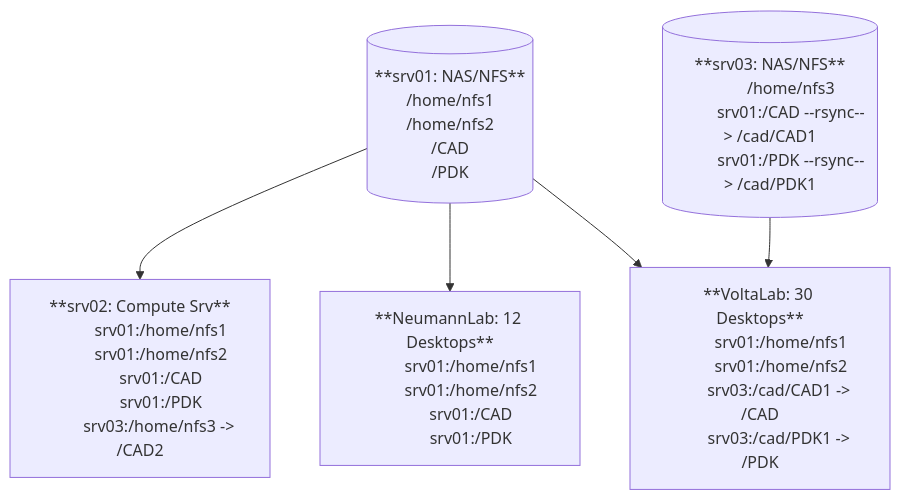
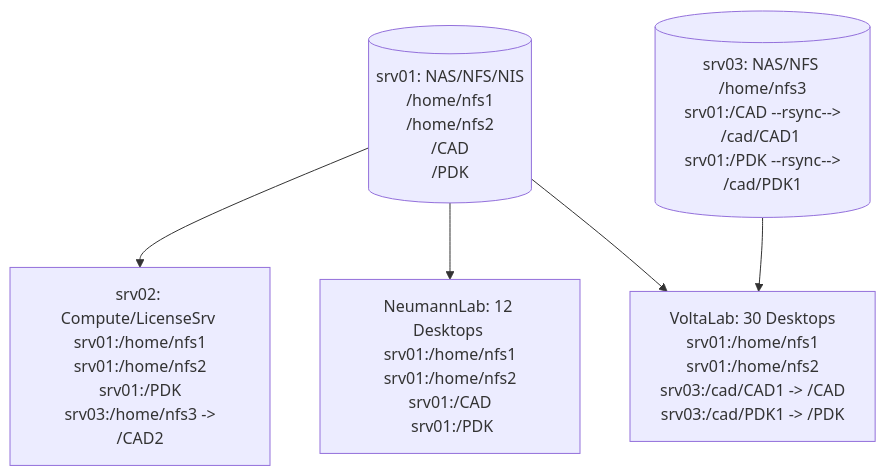
The second of 2 diagrams in wiki/wiki-it.md (silicon-vlsi/silicon-vlsi.github.io), drawn with Mermaid before and after one commit. The commit also changed other lines of this file, not shown here.

````diff
--- a/wiki/wiki-it.md
+++ b/wiki/wiki-it.md
@@ -1293,45 +1297,20 @@
 ```mermaid
 
 graph TD;
 
-  srv01[(**srv01: NAS/NFS**
-          /home/nfs1
-          /home/nfs2
-          /CAD
-          /PDK
-         )];
+  srv01[(srv01: NAS/NFS/NIS <br/> /home/nfs1 <br/> /home/nfs2 <br/> /CAD <br/> /PDK)];
 
-  srv03[(**srv03: NAS/NFS**
-          /home/nfs3
-          srv01:/CAD --rsync--> /cad/CAD1
-          srv01:/PDK --rsync--> /cad/PDK1
-         )];
+  srv03[(srv03: NAS/NFS <br/> /home/nfs3 <br/> srv01:/CAD --rsync--> /cad/CAD1 <br/> srv01:/PDK --rsync--> /cad/PDK1)];
 
-  srv02[ **srv02: Compute Srv**
-          srv01:/home/nfs1
-          srv01:/home/nfs2
-          srv01:/CAD
-          srv01:/PDK
-          srv03:/home/nfs3 -> /CAD2
-        ];
+  srv02[ srv02: Compute/LicenseSrv <br/> srv01:/home/nfs1 <br/> srv01:/home/nfs2 <br/> srv01:/PDK <br/> srv03:/home/nfs3 -> /CAD2 ];
 
-  voltaLab[**VoltaLab: 30 Desktops**
-          srv01:/home/nfs1
-          srv01:/home/nfs2
-          srv03:/cad/CAD1 -> /CAD
-          srv03:/cad/PDK1 -> /PDK
-        ];
+  voltaLab[VoltaLab: 30 Desktops <br/> srv01:/home/nfs1 <br/>  srv01:/home/nfs2 <br/> srv03:/cad/CAD1 -> /CAD <br/> srv03:/cad/PDK1 -> /PDK ];
 
-  neumannLab[**NeumannLab: 12 Desktops**
-          srv01:/home/nfs1
-          srv01:/home/nfs2
-          srv01:/CAD
-          srv01:/PDK
-        ];
+  neumannLab[NeumannLab: 12 Desktops <br/> srv01:/home/nfs1 <br/> srv01:/home/nfs2 <br/> srv01:/CAD <br/> srv01:/PDK ];
 
   srv01 --> srv02;
   srv01 --> neumannLab;
   srv01 --> voltaLab;
   srv03 --> voltaLab;
   
 ```
````
